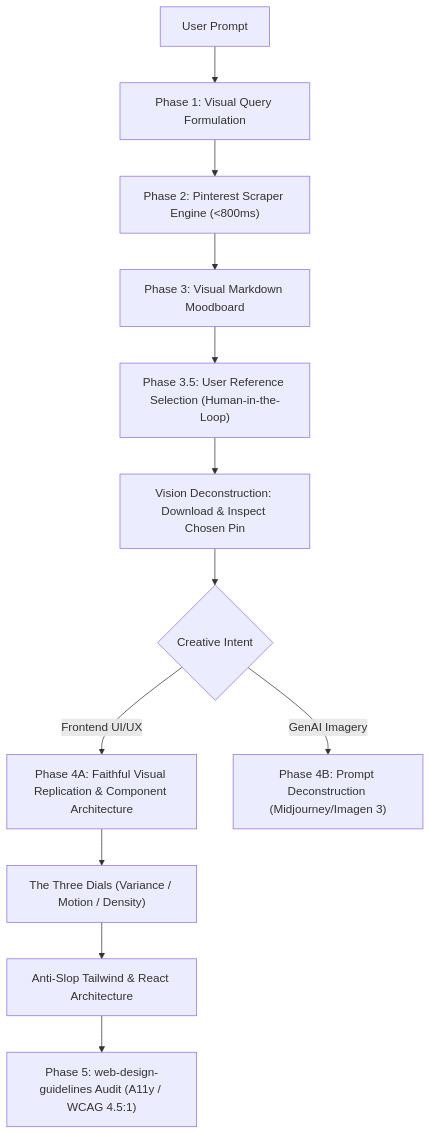
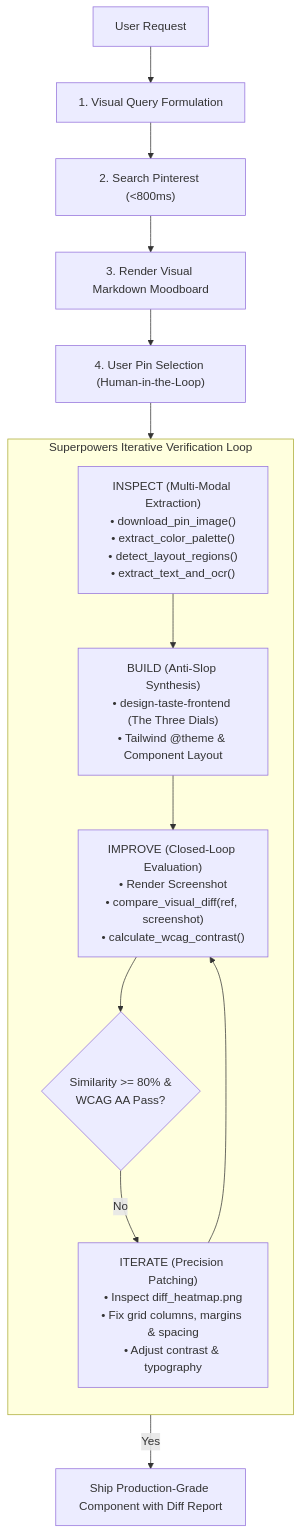
One commit to khanhnkq/pinterest-inspired-plugin changed the diagram in skills/pinterest-inspiration/SKILL.md. Above: the diagram before and after it, drawn with Mermaid. The commit also changed other lines of this file and 6 other files, not shown here.

Commit message:
docs: document 7 MCP tools, layout detection, visual diff, and Superpowers iterative verification loop

````diff
--- a/skills/pinterest-inspiration/SKILL.md
+++ b/skills/pinterest-inspiration/SKILL.md
@@ -83,14 +98,25 @@
 ```mermaid
 flowchart TD
-    User["User Prompt"] --> Phase1["Phase 1: Visual Query Formulation"]
-    Phase1 --> Phase2["Phase 2: Pinterest Scraper Engine (<800ms)"]
-    Phase2 --> Phase3["Phase 3: Visual Markdown Moodboard"]
-    Phase3 --> Phase3B["Phase 3.5: User Reference Selection (Human-in-the-Loop)"]
-    Phase3B --> Inspect["Vision Deconstruction: Download & Inspect Chosen Pin"]
-    Inspect --> Branch{"Creative Intent"}
-    Branch -->|Frontend UI/UX| Phase4A["Phase 4A: Faithful Visual Replication & Component Architecture"]
-    Phase4A --> Dial["The Three Dials (Variance / Motion / Density)"]
-    Dial --> Code["Anti-Slop Tailwind & React Architecture"]
-    Code --> Audit["Phase 5: web-design-guidelines Audit (A11y / WCAG 4.5:1)"]
-    Branch -->|GenAI Imagery| Phase4B["Phase 4B: Prompt Deconstruction (Midjourney/Imagen 3)"]
+    User["User Request"] --> Phase1["1. Visual Query Formulation"]
+    Phase1 --> Phase2["2. Search Pinterest (<800ms)"]
+    Phase2 --> Moodboard["3. Render Visual Markdown Moodboard"]
+    Moodboard --> UserSelect["4. User Pin Selection (Human-in-the-Loop)"]
+    
+    subgraph SuperpowersLoop ["Superpowers Iterative Verification Loop"]
+        direction TB
+        Inspect["INSPECT (Multi-Modal Extraction)<br/>• download_pin_image()<br/>• extract_color_palette()<br/>• detect_layout_regions()<br/>• extract_text_and_ocr()"]
+        Build["BUILD (Anti-Slop Synthesis)<br/>• design-taste-frontend (The Three Dials)<br/>• Tailwind @theme & Component Layout"]
+        Diff["IMPROVE (Closed-Loop Evaluation)<br/>• Render Screenshot<br/>• compare_visual_diff(ref, screenshot)<br/>• calculate_wcag_contrast()"]
+        Eval{"Similarity >= 80% &<br/>WCAG AA Pass?"}
+        Refine["ITERATE (Precision Patching)<br/>• Inspect diff_heatmap.png<br/>• Fix grid columns, margins & spacing<br/>• Adjust contrast & typography"]
+        
+        Inspect --> Build
+        Build --> Diff
+        Diff --> Eval
+        Eval -- No --> Refine
+        Refine --> Diff
+    end
+
+    UserSelect --> Inspect
+    Eval -- Yes --> Ship["Ship Production-Grade Component with Diff Report"]
 ```
````
